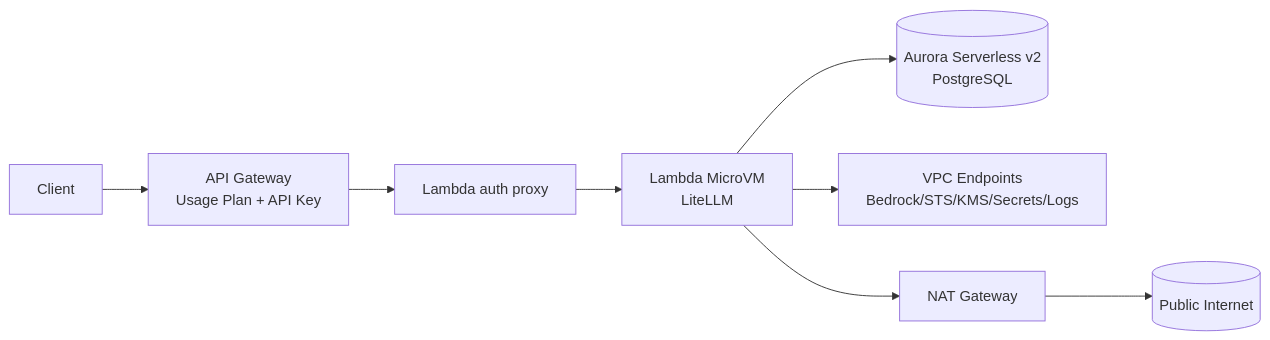
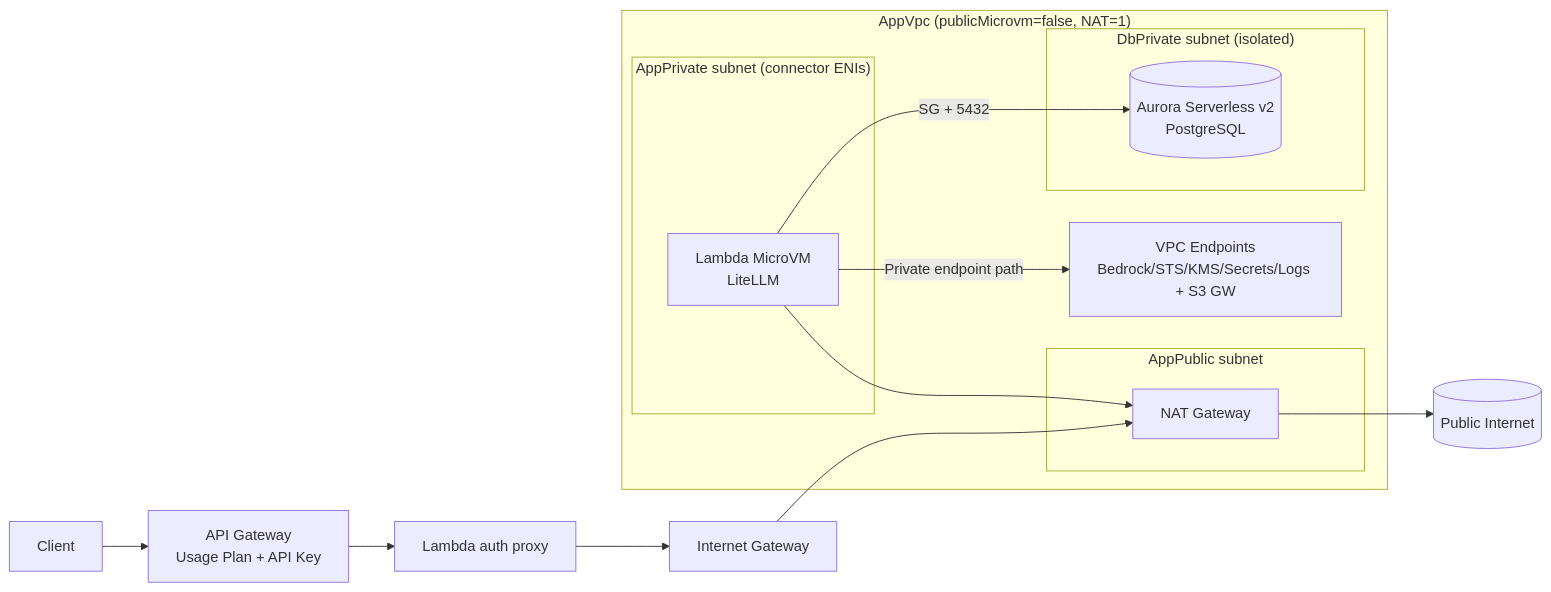
Before and after one commit to wongcyrus/litellm-aws-lambda-microvm-serverless: the second of 3 diagrams in README.md, drawn with Mermaid. The commit also changed other lines of this file, not shown here.

Commit message:
Clarify network boundaries in mode diagrams

````diff
--- a/README.md
+++ b/README.md
@@ -27,16 +42,32 @@
 ```mermaid
 flowchart LR
   C[Client]
   APIGW[API Gateway<br/>Usage Plan + API Key]
   Proxy[Lambda auth proxy]
+  Internet[(Public Internet)]
+  IGW[Internet Gateway]
   MicroVM[Lambda MicroVM<br/>LiteLLM]
   Aurora[(Aurora Serverless v2<br/>PostgreSQL)]
-  VPCE[VPC Endpoints<br/>Bedrock/STS/KMS/Secrets/Logs]
+  VPCE[VPC Endpoints<br/>Bedrock/STS/KMS/Secrets/Logs + S3 GW]
   NAT[NAT Gateway]
-  Internet[(Public Internet)]
 
-  C --> APIGW --> Proxy --> MicroVM
-  MicroVM --> Aurora
-  MicroVM --> VPCE
+  C --> APIGW --> Proxy --> IGW
+  IGW --> NAT
+
+  subgraph VPC2["AppVpc (publicMicrovm=false, NAT=1)"]
+    subgraph APPPRIV["AppPrivate subnet (connector ENIs)"]
+      MicroVM
+    end
+    subgraph APPPUB2["AppPublic subnet"]
+      NAT
+    end
+    subgraph DBPRIV2["DbPrivate subnet (isolated)"]
+      Aurora
+    end
+    VPCE
+  end
+
+  MicroVM -->|SG + 5432| Aurora
+  MicroVM -->|Private endpoint path| VPCE
   MicroVM --> NAT --> Internet
 ```
````
